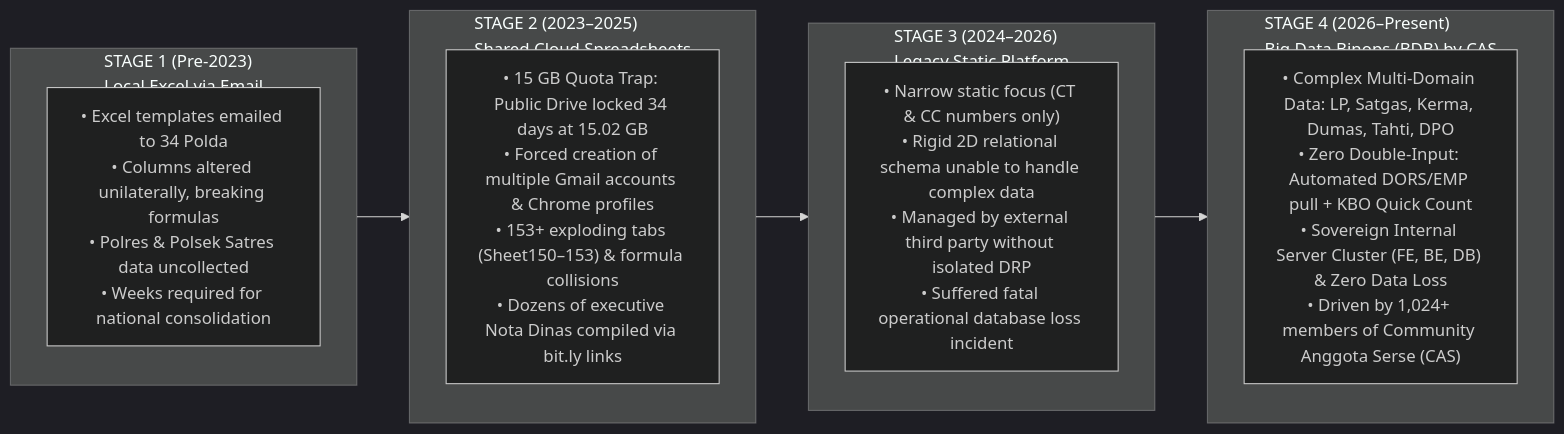
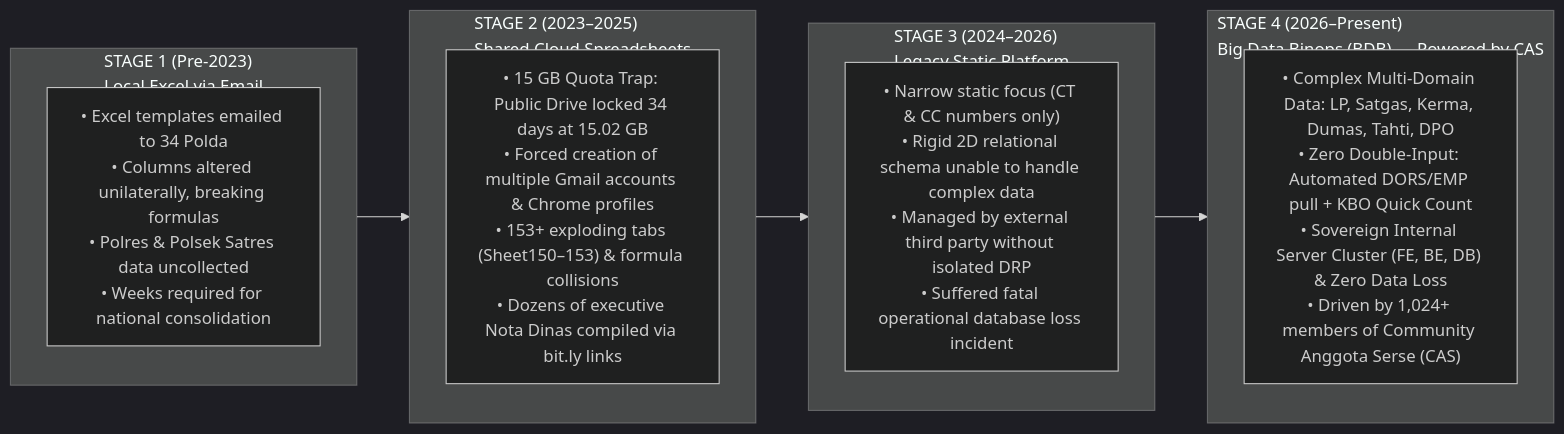
One commit to omeko42/big-data-binops changed the first of 2 diagrams in README.md. Above: the diagram before and after it, drawn with Mermaid (dark theme). The commit also changed other lines of this file and 12 other files, not shown here.

Commit message:
chore(rebrand): standardize all headers to Big Data Binops (BDB) — Powered by CAS (Community Anggota Serse)

````diff
--- a/README.md
+++ b/README.md
@@ -25,20 +25,20 @@
 ```mermaid
 flowchart LR
     subgraph T1["STAGE 1 (Pre-2023)\nLocal Excel via Email"]
         T1D["• Excel templates emailed to 34 Polda\n• Columns altered unilaterally, breaking formulas\n• Polres & Polsek Satres data uncollected\n• Weeks required for national consolidation"]
     end
 
     subgraph T2["STAGE 2 (2023–2025)\nShared Cloud Spreadsheets"]
         T2D["• 15 GB Quota Trap: Public Drive locked 34 days at 15.02 GB\n• Forced creation of multiple Gmail accounts & Chrome profiles\n• 153+ exploding tabs (Sheet150–153) & formula collisions\n• Dozens of executive Nota Dinas compiled via bit.ly links"]
     end
 
     subgraph T3["STAGE 3 (2024–2026)\nLegacy Static Platform"]
         T3D["• Narrow static focus (CT & CC numbers only)\n• Rigid 2D relational schema unable to handle complex data\n• Managed by external third party without isolated DRP\n• Suffered fatal operational database loss incident"]
     end
 
-    subgraph T4["STAGE 4 (2026–Present)\nBig Data Binops (BDB) by CAS"]
+    subgraph T4["STAGE 4 (2026–Present)\nBig Data Binops (BDB) — Powered by CAS"]
         T4D["• Complex Multi-Domain Data: LP, Satgas, Kerma, Dumas, Tahti, DPO\n• Zero Double-Input: Automated DORS/EMP pull + KBO Quick Count\n• Sovereign Internal Server Cluster (FE, BE, DB) & Zero Data Loss\n• Driven by 1,024+ members of Community Anggota Serse (CAS)"]
     end
 
     T1 --> T2 --> T3 --> T4
 ```
````
